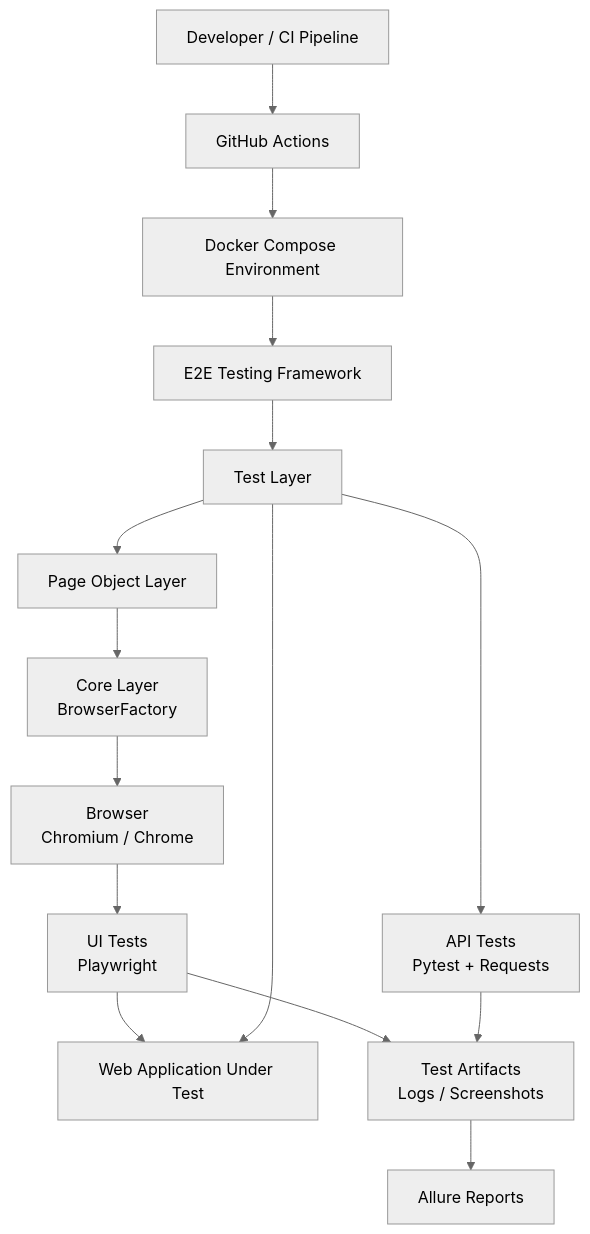
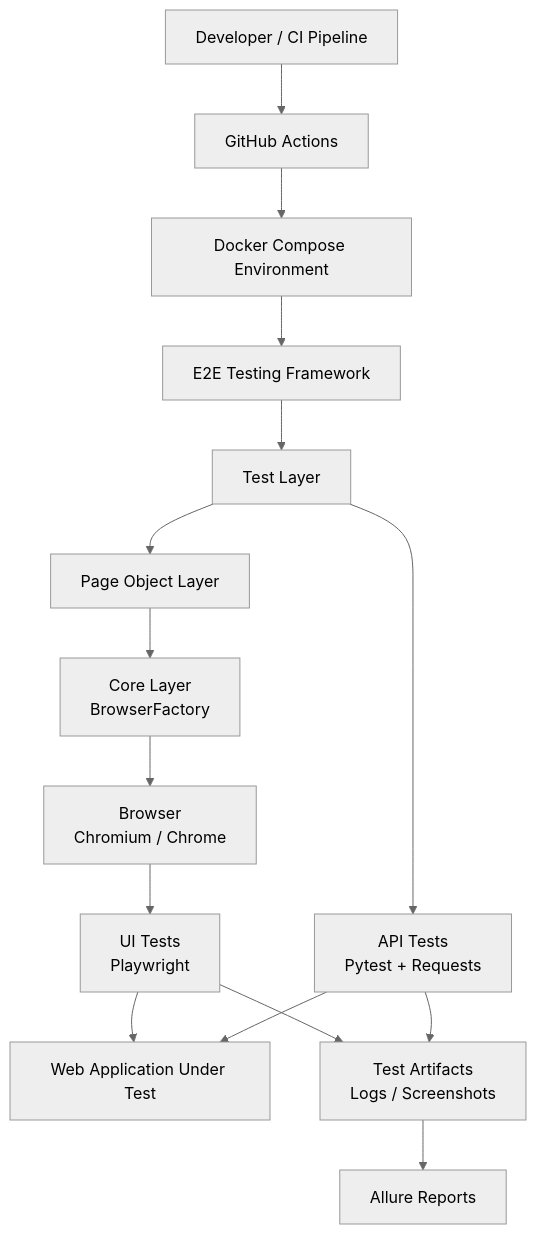
One commit to woofiwaffle/E2E-Testing-Framework changed the diagram in docs/Project_Doc_Rus.md. Above: the diagram before and after it, drawn with Mermaid (neutral theme).

Commit message:
rd upd 6

````diff
--- a/docs/Project_Doc_Rus.md
+++ b/docs/Project_Doc_Rus.md
@@ -72,26 +72,26 @@
 ```mermaid
 flowchart TD
 
 A[Developer / CI Pipeline] --> B[GitHub Actions]
 
 B --> C[Docker Compose Environment]
 
 C --> D[E2E Testing Framework]
 
 D --> E[Test Layer]
 
 E --> F[Page Object Layer]
 F --> G[Core Layer<br>BrowserFactory]
 G --> H[Browser<br>Chromium / Chrome]
 
 H --> I[UI Tests<br>Playwright]
 E --> J[API Tests<br>Pytest + Requests]
 
 I --> K[Web Application Under Test]
-E --> K
+J --> K
 
 I --> L[Test Artifacts<br>Logs / Screenshots]
 J --> L
 
 L --> M[Allure Reports]
 ```
````
